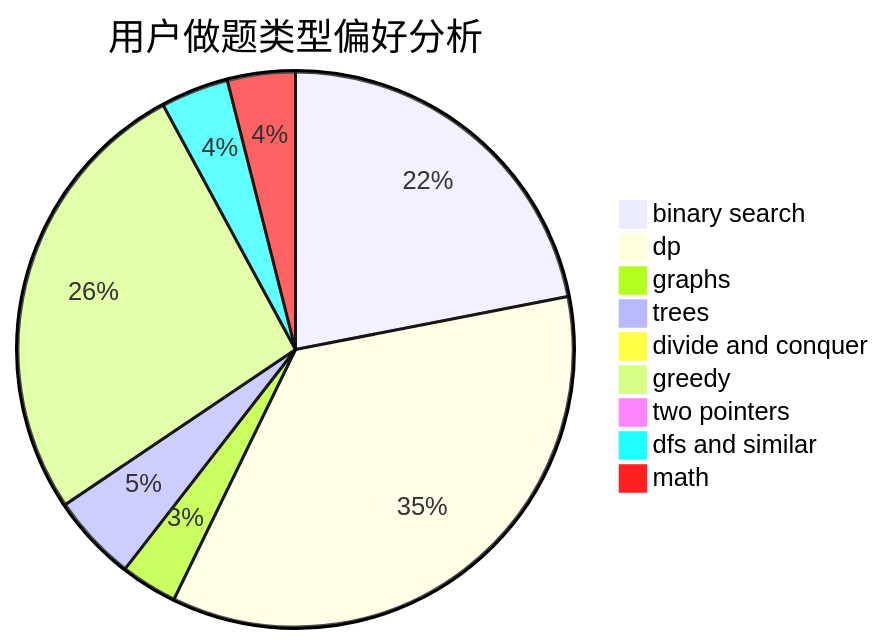
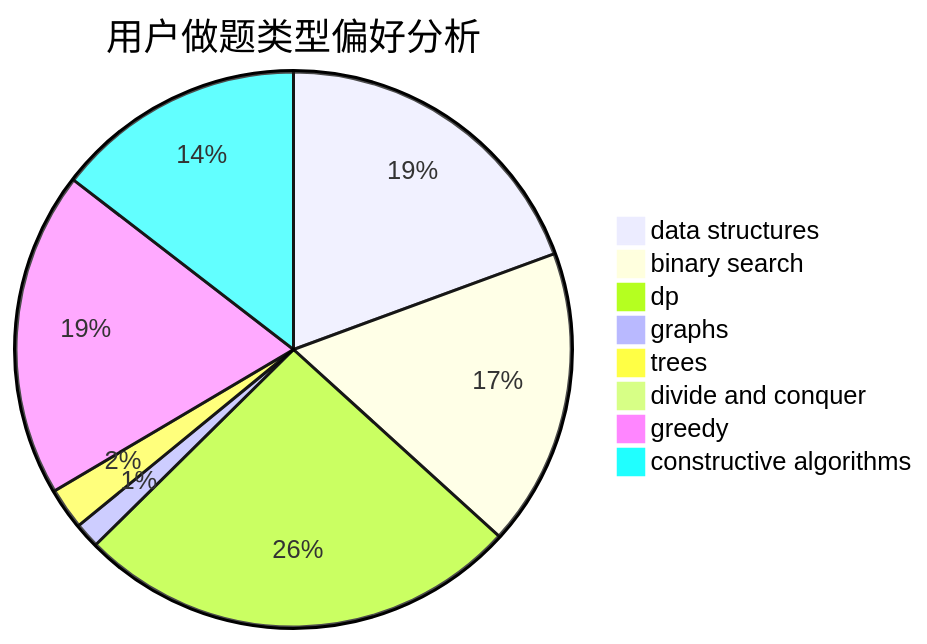
One commit to sherpahu/cfrs.github.io changed the second of 3 diagrams in docs/user/u13.md. Above: the diagram before and after it, drawn with Mermaid. The commit also changed other lines of this file and 2775 other files, not shown here.

````diff
--- a/docs/user/u13.md
+++ b/docs/user/u13.md
@@ -23,12 +23,11 @@
 ```mermaid
 pie title 用户做题类型偏好分析
-    "binary search" :  239
-    "dp" :  384
-    "graphs" :  36
-    "trees" :  55
+    "data structures" :  264
+    "binary search" :  236
+    "dp" :  352
+    "graphs" :  20
+    "trees" :  33
     "divide and conquer" :  8
-    "greedy" :  289
-    "two pointers" :  6
-    "dfs and similar" :  43
-    "math" :  43
+    "greedy" :  258
+    "constructive algorithms" :  198
 ```
````
